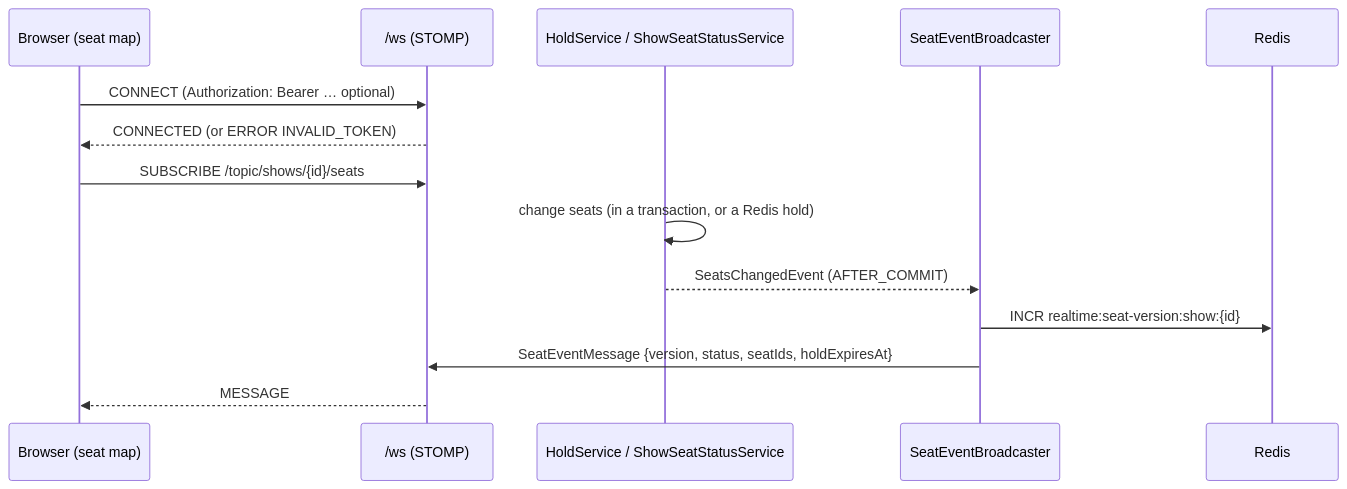
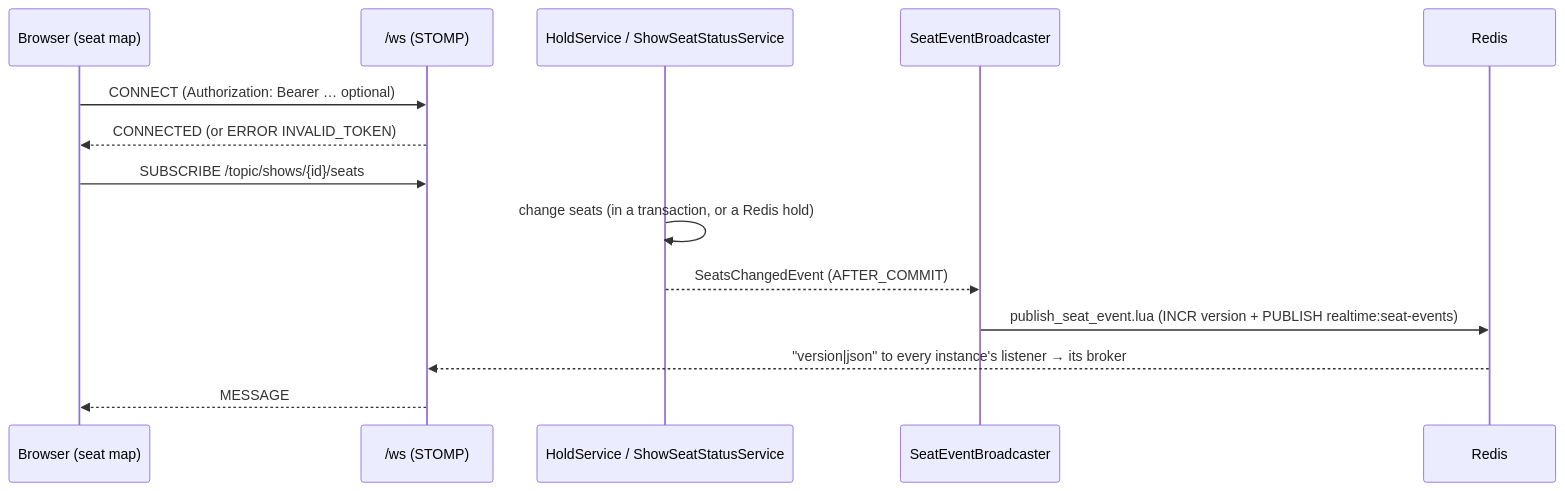
One commit to prajjwalpathak/SeatLock changed diagram 11 of 11 in docs/architecture.md. Above: the diagram before and after it, drawn with Mermaid. The commit also changed other lines of this file and 23 other files, not shown here.

````diff
--- a/docs/architecture.md
+++ b/docs/architecture.md
@@ -409,16 +409,16 @@
 ```mermaid
 sequenceDiagram
     participant B as Browser (seat map)
     participant WS as /ws (STOMP)
     participant S as HoldService / ShowSeatStatusService
     participant L as SeatEventBroadcaster
     participant R as Redis
     B->>WS: CONNECT (Authorization: Bearer … optional)
     WS-->>B: CONNECTED (or ERROR INVALID_TOKEN)
     B->>WS: SUBSCRIBE /topic/shows/{id}/seats
     S->>S: change seats (in a transaction, or a Redis hold)
     S-->>L: SeatsChangedEvent (AFTER_COMMIT)
-    L->>R: INCR realtime:seat-version:show:{id}
-    L->>WS: SeatEventMessage {version, status, seatIds, holdExpiresAt}
+    L->>R: publish_seat_event.lua (INCR version + PUBLISH realtime:seat-events)
+    R-->>WS: "version|json" to every instance's listener → its broker
     WS-->>B: MESSAGE
 ```
````
